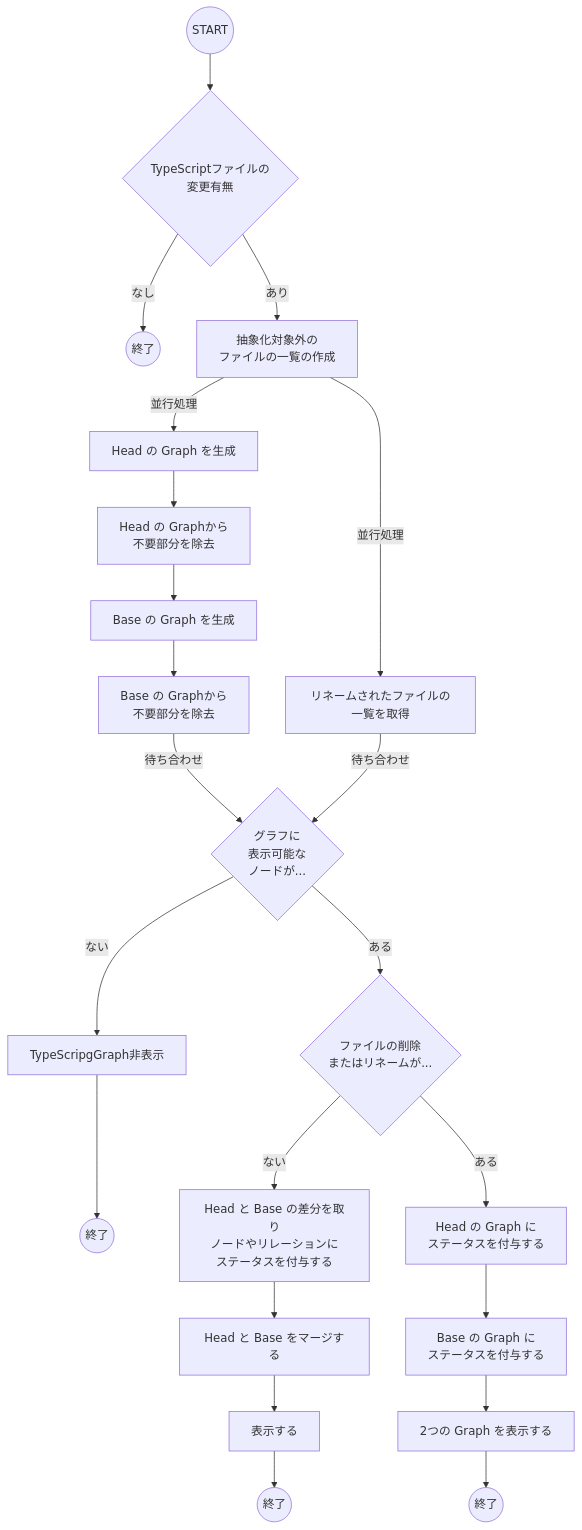
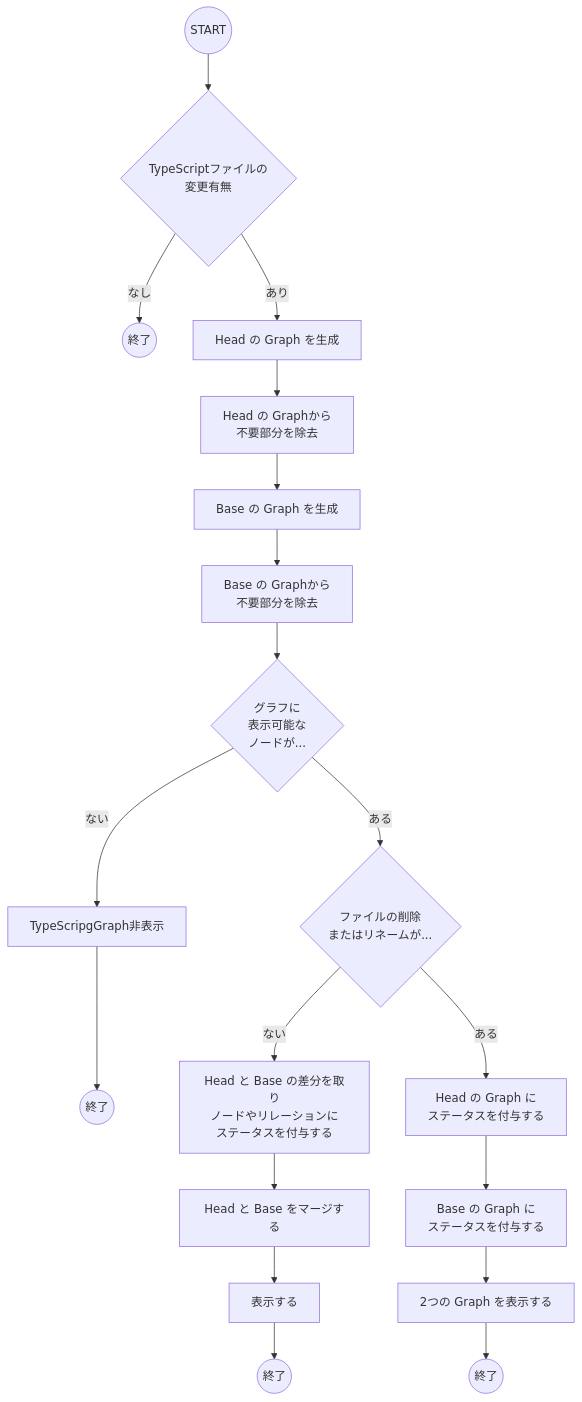
Before and after one commit to ysk8hori/delta-typescript-graph-action: the diagram in src/README.md, drawn with Mermaid. The commit also changed other lines of this file, not shown here.

Commit message:
chore: 設計についてのメモを修正

````diff
--- a/src/README.md
+++ b/src/README.md
@@ -3,32 +3,28 @@
 ```mermaid
 flowchart
   Start((START))-->TsfileModifiers{"TypeScriptファイルの<br>変更有無"}
   TsfileModifiers-->|なし|end1((終了))
-  TsfileModifiers-->|あり|GetNoAbstraction["抽象化対象外の<br>ファイルの一覧の作成"]
-
-  GetNoAbstraction-->|並行処理|GenerateHeadGraph["Head の Graph を生成"]
+  TsfileModifiers-->|あり|GenerateHeadGraph["Head の Graph を生成"]
   GenerateHeadGraph-->FilterHeadGraph["Head の Graphから<br>不要部分を除去"]
   FilterHeadGraph-->GenerateBaseGraph["Base の Graph を生成"]
   GenerateBaseGraph-->FilterBaseGraph["Base の Graphから<br>不要部分を除去"]
 
-  GetNoAbstraction-->|並行処理|GetRename["リネームされたファイルの一覧を取得"]
 
   ExistsNode{グラフに<br>表示可能な<br>ノードが...}
   ExistsNode-->|ない|TypeScripgGraph非表示-->end2((終了))
   ExistsNode-->|ある|JudgeGraphAmmounts
-  FilterBaseGraph-->|待ち合わせ|ExistsNode
-  GetRename-->|待ち合わせ|ExistsNode
+  FilterBaseGraph-->ExistsNode
   JudgeGraphAmmounts{"ファイルの削除<br>またはリネームが..."}
 
   %% 1つの Graph
   JudgeGraphAmmounts-->|ない|GetDiff["Head と Base の差分を取り<br>ノードやリレーションに<br>ステータスを付与する"]
   GetDiff-->MergeGraph["Head と Base をマージする"]
   MergeGraph-->表示する-->end3((終了))
 
   %% 2つの Graph
   JudgeGraphAmmounts-->|ある|AddStatusToHead["Head の Graph に<br>ステータスを付与する"]
   AddStatusToHead-->AddStatusToBase["Base の Graph に<br>ステータスを付与する"]
   AddStatusToBase-->Display2Graph["2つの Graph を表示する"]-->end4((終了))
 
 
 ```
````
